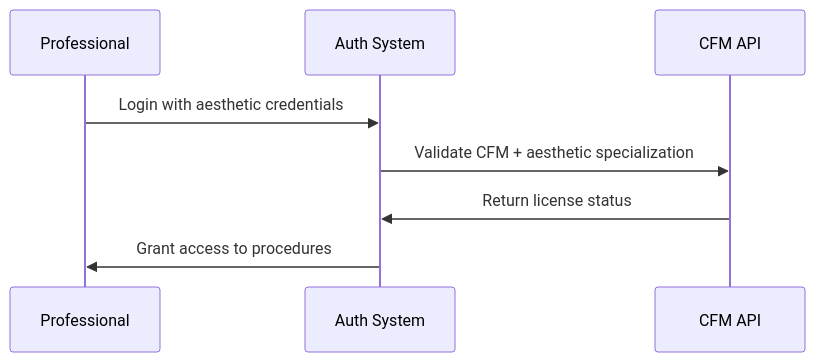
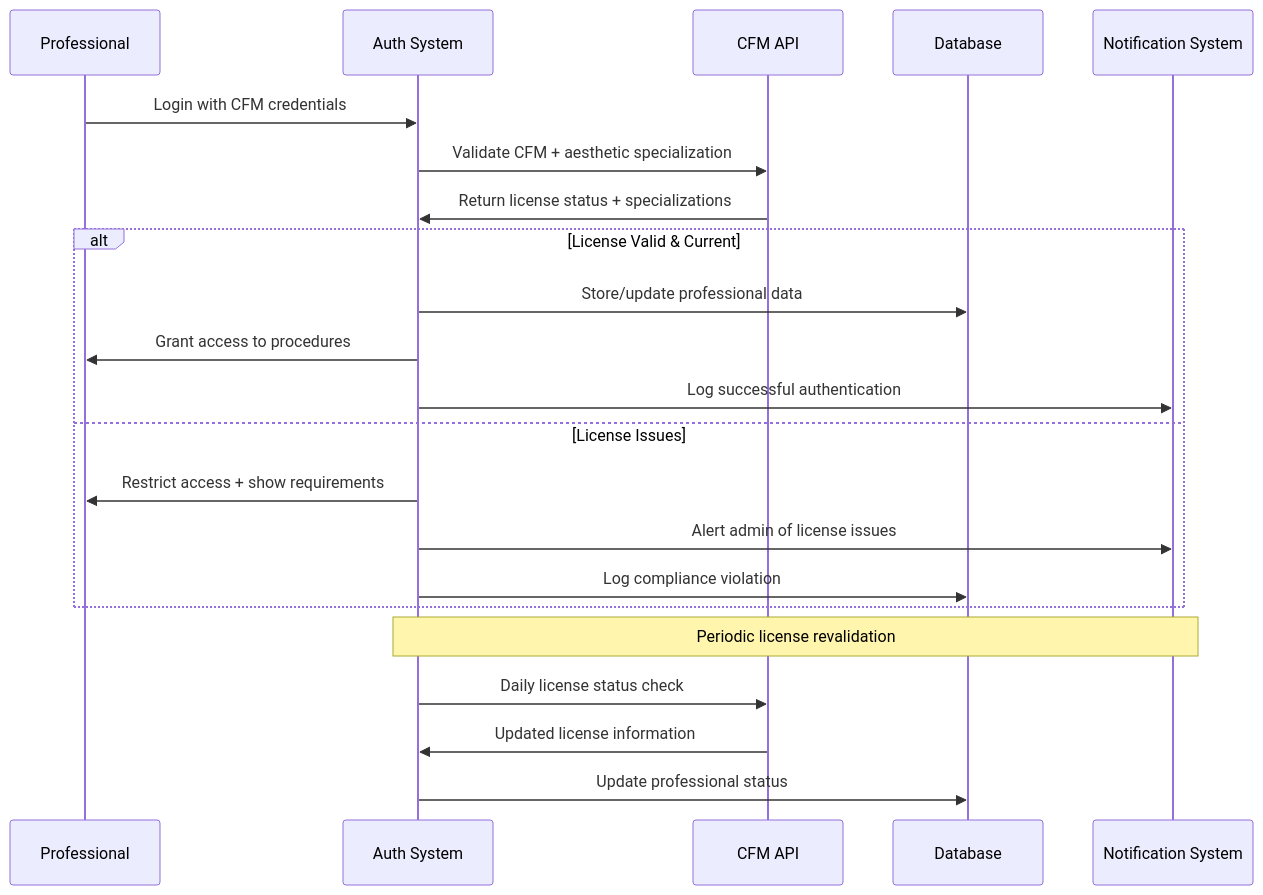
Before and after one commit to GrupoUS/neonpro: the eighth of 16 diagrams in docs/architecture/aesthetic-platform-flows.md, drawn with Mermaid. The commit also changed other lines of this file and 49 other files, not shown here.

````diff
--- a/docs/architecture/aesthetic-platform-flows.md
+++ b/docs/architecture/aesthetic-platform-flows.md
@@ -107,11 +661,27 @@
 ```mermaid
 sequenceDiagram
     participant P as Professional
     participant A as Auth System
     participant CFM as CFM API
+    participant DB as Database
+    participant N as Notification System
 
-    P->>A: Login with aesthetic credentials
+    P->>A: Login with CFM credentials
     A->>CFM: Validate CFM + aesthetic specialization
-    CFM->>A: Return license status
-    A->>P: Grant access to procedures
+    CFM->>A: Return license status + specializations
+
+    alt License Valid & Current
+        A->>DB: Store/update professional data
+        A->>P: Grant access to procedures
+        A->>N: Log successful authentication
+    else License Issues
+        A->>P: Restrict access + show requirements
+        A->>N: Alert admin of license issues
+        A->>DB: Log compliance violation
+    end
+
+    Note over A,N: Periodic license revalidation
+    A->>CFM: Daily license status check
+    CFM->>A: Updated license information
+    A->>DB: Update professional status
 ```
````
